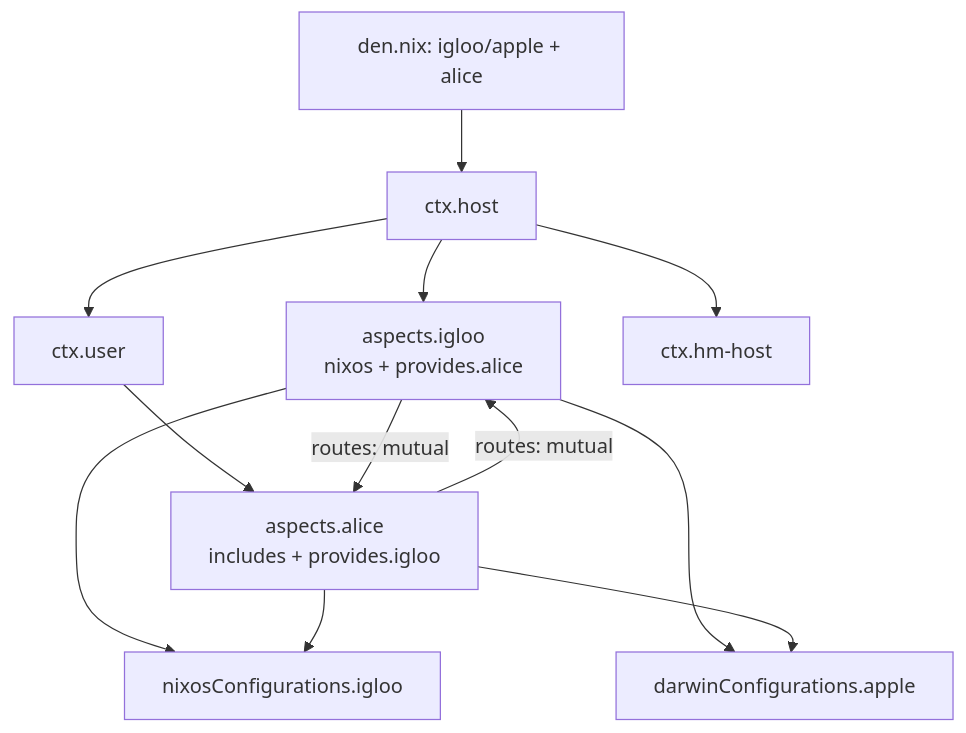
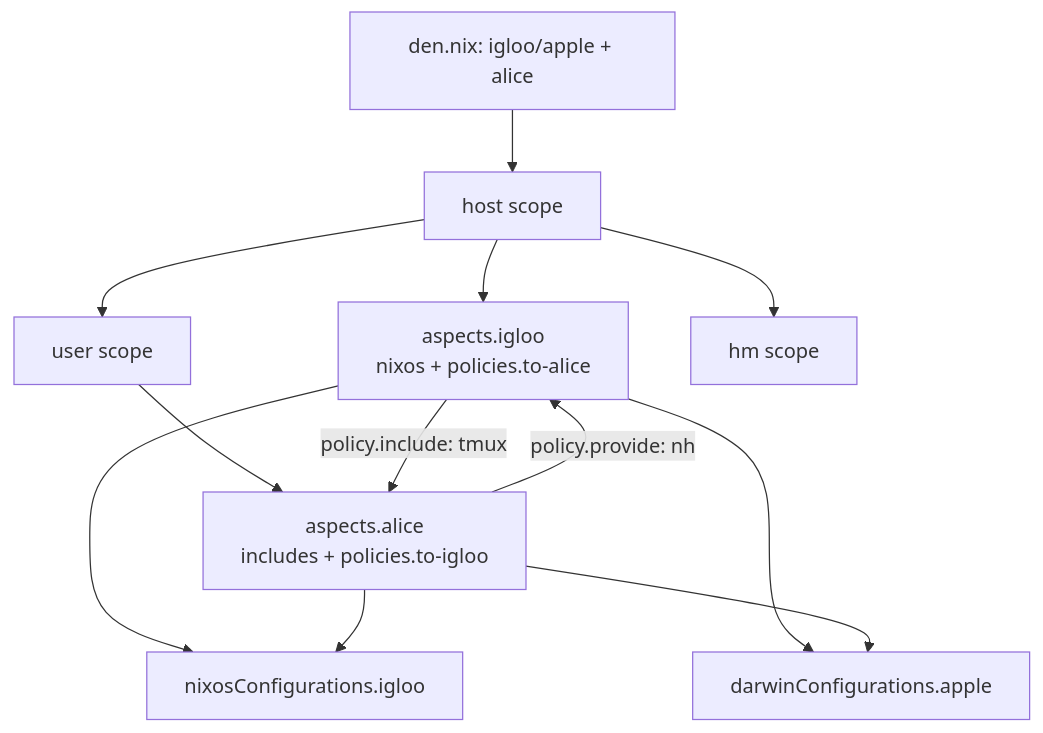
One commit to denful/den changed the diagram in docs/src/content/docs/tutorials/example.mdx. Above: the diagram before and after it, drawn with Mermaid. The commit also changed other lines of this file and 56 other files, not shown here.

````diff
--- a/docs/src/content/docs/tutorials/example.mdx
+++ b/docs/src/content/docs/tutorials/example.mdx
@@ -139,14 +154,14 @@
 ```mermaid
 graph TD
-  D["den.nix: igloo/apple + alice"] --> CH["ctx.host"]
-  CH --> AI["aspects.igloo<br/>nixos + provides.alice"]
-  CH --> CU["ctx.user"]
-  CU --> AA["aspects.alice<br/>includes + provides.igloo"]
-  AA -->|"routes: mutual"| AI
-  AI -->|"routes: mutual"| AA
-  CH --> HM["ctx.hm-host"]
+  D["den.nix: igloo/apple + alice"] --> CH["host scope"]
+  CH --> AI["aspects.igloo<br/>nixos + policies.to-alice"]
+  CH --> CU["user scope"]
+  CU --> AA["aspects.alice<br/>includes + policies.to-igloo"]
+  AA -->|"policy.provide: nh"| AI
+  AI -->|"policy.include: tmux"| AA
+  CH --> HM["hm scope"]
   AI --> NixOS["nixosConfigurations.igloo"]
   AA --> NixOS
   AI --> Darwin["darwinConfigurations.apple"]
   AA --> Darwin
 ```
````
